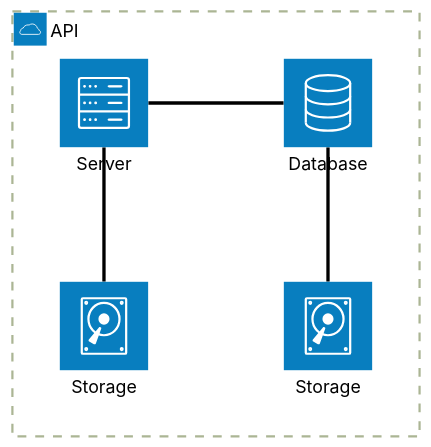
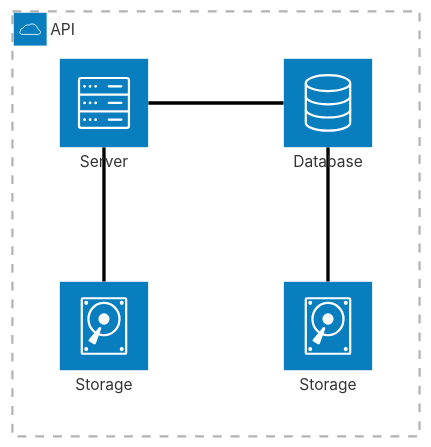
Before and after one commit to dwedman93/docker-comfyui: the diagram in README.md, drawn with Mermaid.

````diff
--- a/README.md
+++ b/README.md
@@ -6,18 +6,18 @@
 ```mermaid
 ---
 config:
   look: handDrawn
-  theme: forest
+  theme: neo
 ---
 architecture-beta
     group api(cloud)[API]
 
     service db(database)[Database] in api
     service disk1(disk)[Storage] in api
     service disk2(disk)[Storage] in api
     service server(server)[Server] in api
 
     db:L -- R:server
     disk1:T -- B:server
     disk2:T -- B:db
 ```
````
